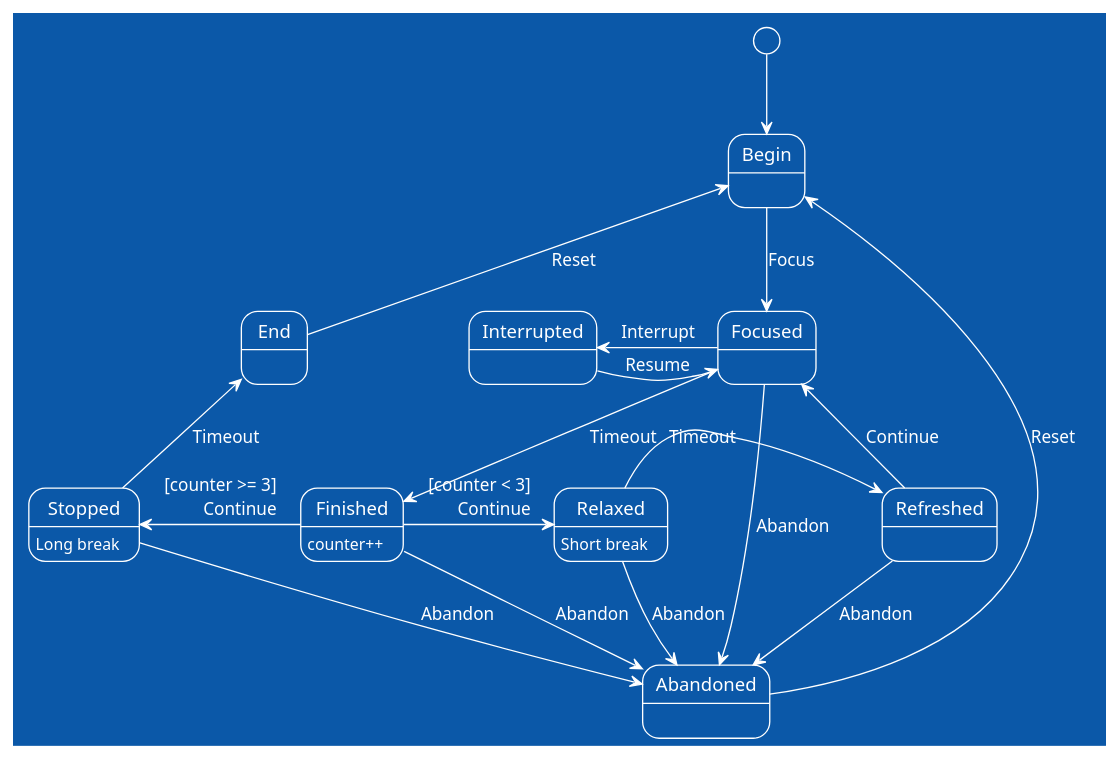
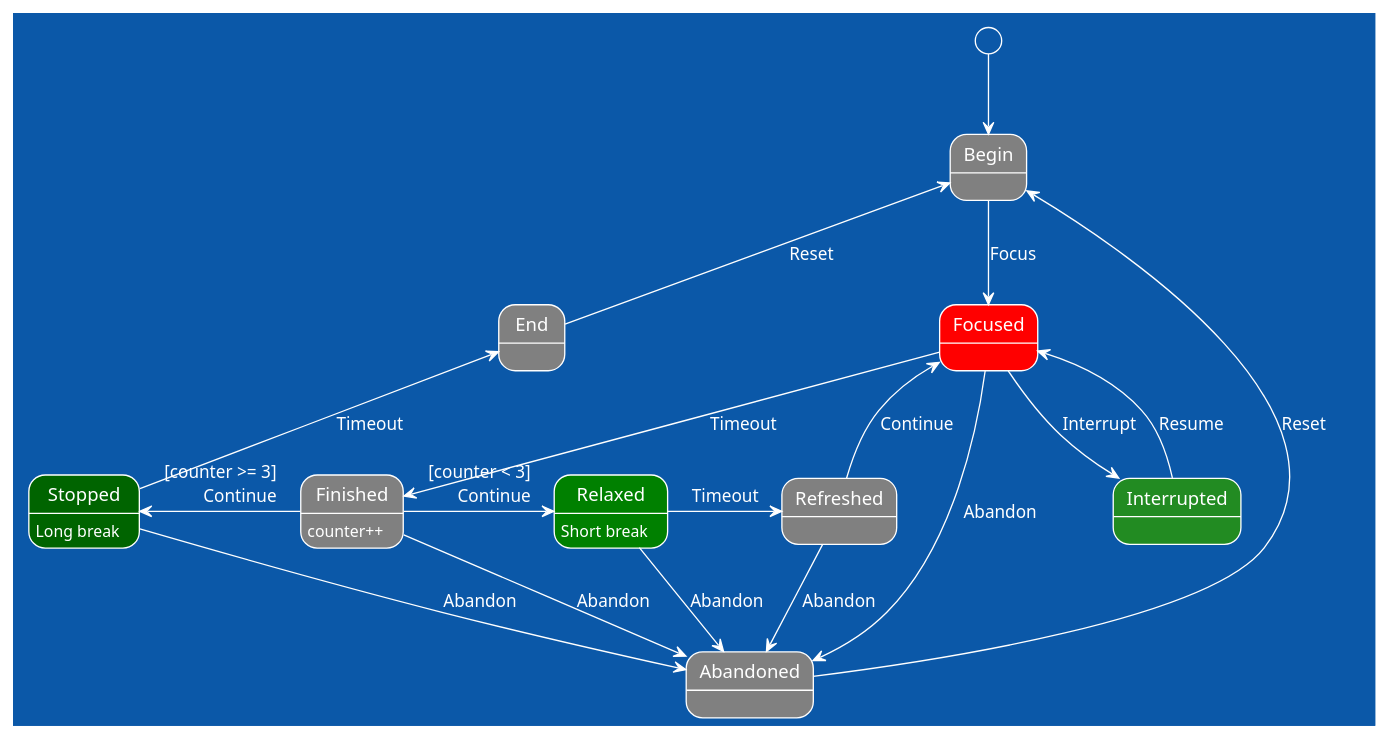
Before and after one commit to pranavnegandhi/Approximato: the diagram in state-machine-diagram.pu, drawn with PlantUML.

Commit message:
#51 - Update the state diagram to reflect corrections in the implementation

```diff
--- a/state-machine-diagram.pu
+++ b/state-machine-diagram.pu
@@ -1,35 +1,38 @@
 @startuml
 !theme amiga
 
 [*] -down-> Begin
-Begin :
-Focused :
-Finished : counter++
-Interrupted :
-Relaxed : Short break
-Refreshed :
-Stopped : Long break
-Abandoned :
-End :
+state Begin #Gray
+state Focused #red {
+}
+
+state Finished #Gray : counter++
+state Interrupted #ForestGreen
+state Relaxed #Green : Short break
+state Refreshed #Gray
+state Stopped #DarkGreen : Long break
+state Abandoned #Gray
+state End #Gray
 
 Begin -down-> Focused : Focus
-Focused -left-> Interrupted : Interrupt
+Focused -right-> Interrupted : Interrupt
 Focused -down-> Finished : Timeout
+Focused -down-> Abandoned : Abandon
+
 Finished -right-> Relaxed : [counter < 3]\rContinue
 Finished -left-> Stopped : [counter >= 3]\rContinue
-Focused -down-> Abandoned : Abandon
 Finished --> Abandoned : Abandon
 
-Interrupted -> Focused : Resume
+Interrupted --> Focused : Resume
 
 Relaxed -right-> Refreshed : Timeout
 Relaxed --> Abandoned : Abandon
 Refreshed -down-> Abandoned : Abandon
 Refreshed -up-> Focused : Continue
 
 Stopped -down-> Abandoned : Abandon
 Stopped -up-> End : Timeout
 
 End -up-> Begin : Reset
 Abandoned -up-> Begin : Reset
 @enduml
```
